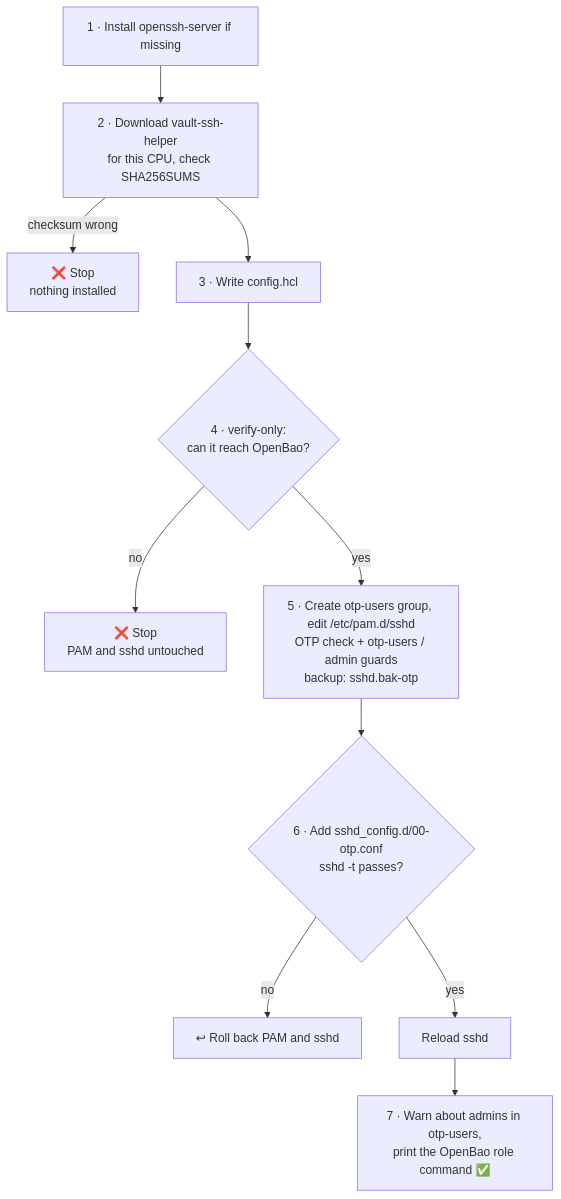
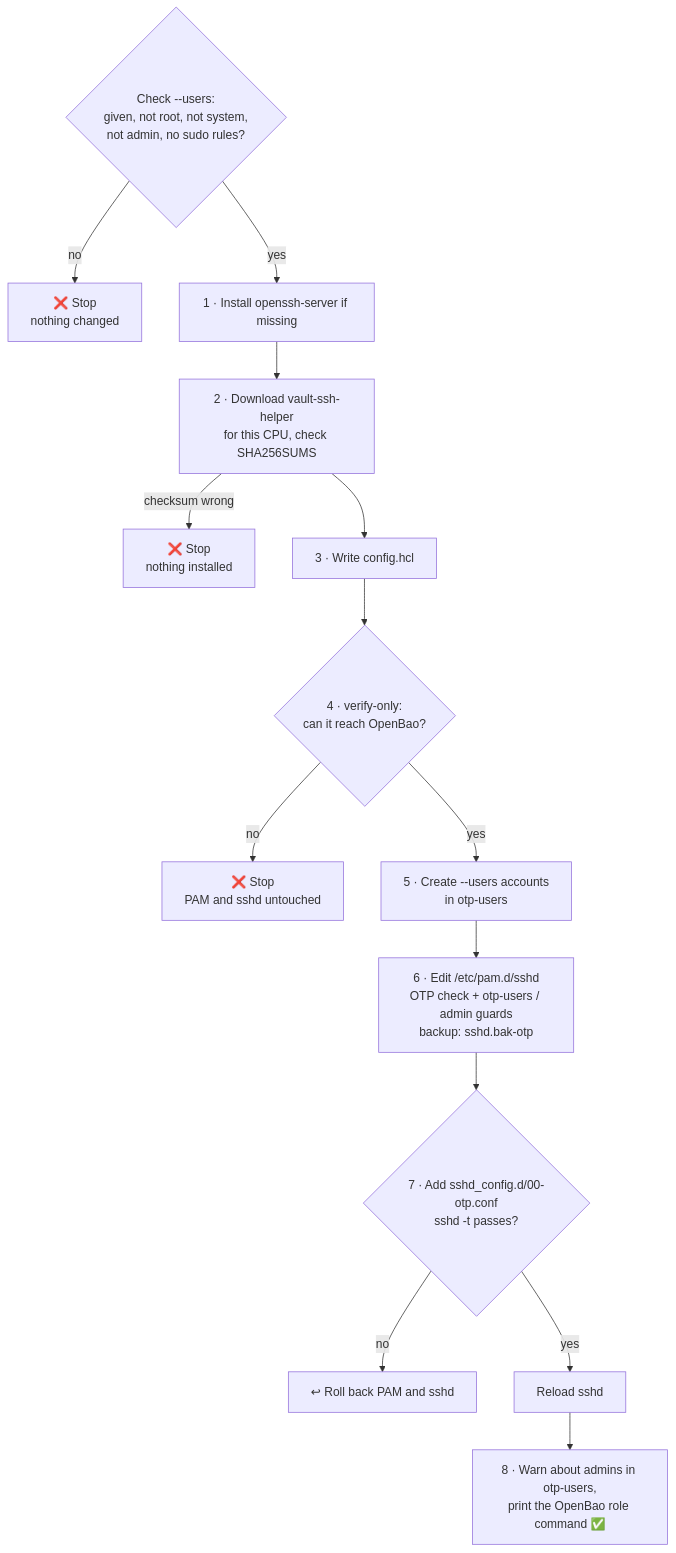
One commit to muthanii/otp-lab changed the diagram in docs/real-server.md. Above: the diagram before and after it, drawn with Mermaid. The commit also changed other lines of this file and 3 other files, not shown here.

First line of the commit message:
feat!: require --users in setup-otp-target.sh

````diff
--- a/docs/real-server.md
+++ b/docs/real-server.md
@@ -16,13 +16,15 @@
 ```mermaid
 flowchart TD
-    S1["1 · Install openssh-server if missing"] --> S2["2 · Download vault-ssh-helper<br/>for this CPU, check SHA256SUMS"]
+    S0{"Check --users:<br/>given, not root, not system,<br/>not admin, no sudo rules?"} -- no --> STOPU["❌ Stop<br/>nothing changed"]
+    S0 -- yes --> S1["1 · Install openssh-server if missing"] --> S2["2 · Download vault-ssh-helper<br/>for this CPU, check SHA256SUMS"]
     S2 -- "checksum wrong" --> STOP0["❌ Stop<br/>nothing installed"]
     S2 --> S3["3 · Write config.hcl"]
     S3 --> S4{"4 · verify-only:<br/>can it reach OpenBao?"}
     S4 -- no --> STOP1["❌ Stop<br/>PAM and sshd untouched"]
-    S4 -- yes --> S6["5 · Create otp-users group, edit /etc/pam.d/sshd<br/>OTP check + otp-users / admin guards<br/>backup: sshd.bak-otp"]
-    S6 --> S7{"6 · Add sshd_config.d/00-otp.conf<br/>sshd -t passes?"}
+    S4 -- yes --> S5["5 · Create --users accounts<br/>in otp-users"]
+    S5 --> S6["6 · Edit /etc/pam.d/sshd<br/>OTP check + otp-users / admin guards<br/>backup: sshd.bak-otp"]
+    S6 --> S7{"7 · Add sshd_config.d/00-otp.conf<br/>sshd -t passes?"}
     S7 -- no --> STOP2["↩ Roll back PAM and sshd"]
     S7 -- yes --> S8["Reload sshd"]
-    S8 --> S9["7 · Warn about admins in otp-users,<br/>print the OpenBao role command ✅"]
+    S8 --> S9["8 · Warn about admins in otp-users,<br/>print the OpenBao role command ✅"]
 ```
````
